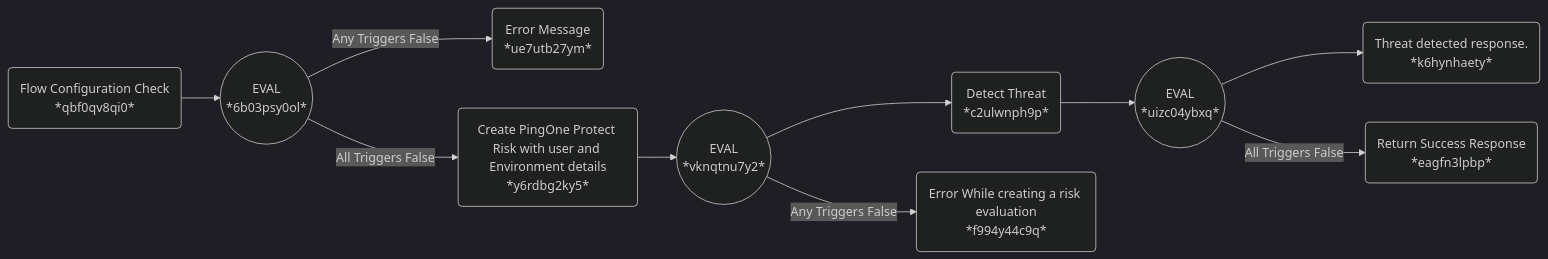
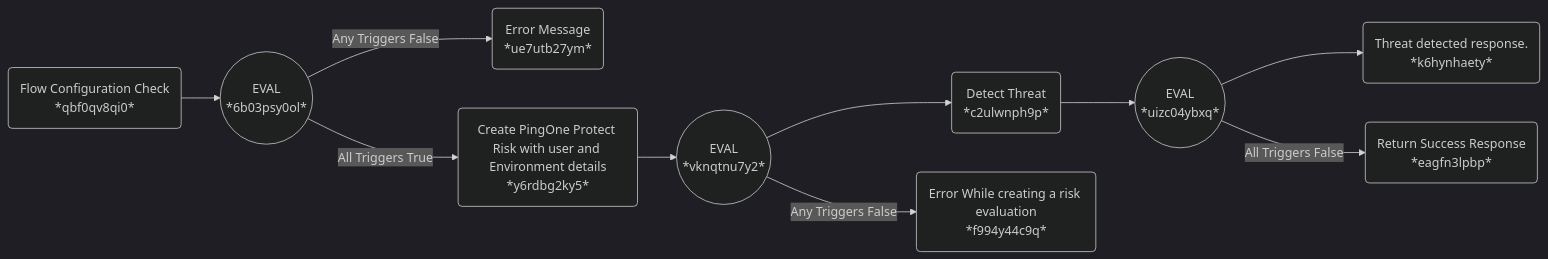
Before and after one commit to samir-gandhi/pingdocs-demo: the diagram in ciam-passwordless/CIAMPasswordlessProtectThreatDetectionSubflow/CIAMPasswordlessProtectThreatDetectionSubflow.mmd, drawn with Mermaid (dark theme). The commit also changed 8 other files, not shown here.

```diff
--- a/ciam-passwordless/CIAMPasswordlessProtectThreatDetectionSubflow/CIAMPasswordlessProtectThreatDetectionSubflow.mmd
+++ b/ciam-passwordless/CIAMPasswordlessProtectThreatDetectionSubflow/CIAMPasswordlessProtectThreatDetectionSubflow.mmd
@@ -1,10 +1,10 @@
 flowchart LR
     6b03psy0ol(("EVAL<br>*6b03psy0ol*")) -- Any Triggers False --> ue7utb27ym("Error Message<br>*ue7utb27ym*")
     uizc04ybxq(("EVAL<br>*uizc04ybxq*")) --> k6hynhaety("Threat detected response.<br>*k6hynhaety*")
     uizc04ybxq(("EVAL<br>*uizc04ybxq*")) -- All Triggers False --> eagfn3lpbp("Return Success Response<br>*eagfn3lpbp*")
     y6rdbg2ky5("Create PingOne Protect Risk with user and Environment details<br>*y6rdbg2ky5*") --> vknqtnu7y2(("EVAL<br>*vknqtnu7y2*"))
     c2ulwnph9p("Detect Threat<br>*c2ulwnph9p*") --> uizc04ybxq(("EVAL<br>*uizc04ybxq*"))
     vknqtnu7y2(("EVAL<br>*vknqtnu7y2*")) -- Any Triggers False --> f994y44c9q("Error While creating a risk evaluation<br>*f994y44c9q*")
     vknqtnu7y2(("EVAL<br>*vknqtnu7y2*")) --> c2ulwnph9p("Detect Threat<br>*c2ulwnph9p*")
-    6b03psy0ol(("EVAL<br>*6b03psy0ol*")) -- All Triggers False --> y6rdbg2ky5("Create PingOne Protect Risk with user and Environment details<br>*y6rdbg2ky5*")
+    6b03psy0ol(("EVAL<br>*6b03psy0ol*")) -- All Triggers True --> y6rdbg2ky5("Create PingOne Protect Risk with user and Environment details<br>*y6rdbg2ky5*")
     qbf0qv8qi0("Flow Configuration Check<br>*qbf0qv8qi0*") --> 6b03psy0ol(("EVAL<br>*6b03psy0ol*"))
```
